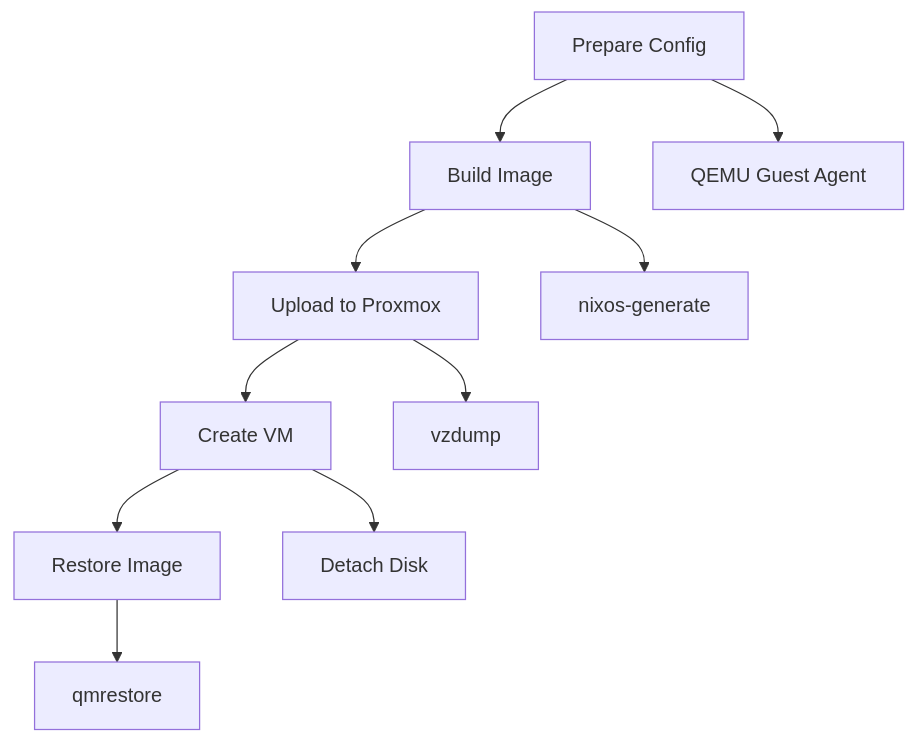
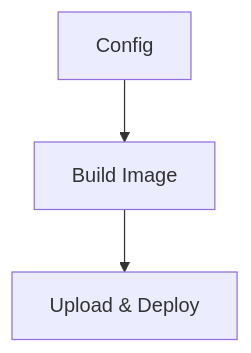
One commit to Hydepwns/nix-mox changed the third of 6 diagrams in docs/guides/nixos-on-proxmox.md. Above: the diagram before and after it, drawn with Mermaid. The commit also changed other lines of this file and 145 other files, not shown here.

````diff
--- a/docs/guides/nixos-on-proxmox.md
+++ b/docs/guides/nixos-on-proxmox.md
@@ -53,13 +32,5 @@
 ```mermaid
 flowchart TD
-    A[Prepare Config] --> B[Build Image]
-    B --> C[Upload to Proxmox]
-    C --> D[Create VM]
-    D --> E[Restore Image]
-    
-    A --> A1[QEMU Guest Agent]
-    B --> B1[nixos-generate]
-    C --> C1[vzdump]
-    D --> D1[Detach Disk]
-    E --> E1[qmrestore]
+    A[Config] --> B[Build Image]
+    B --> C[Upload & Deploy]
 ```
````
